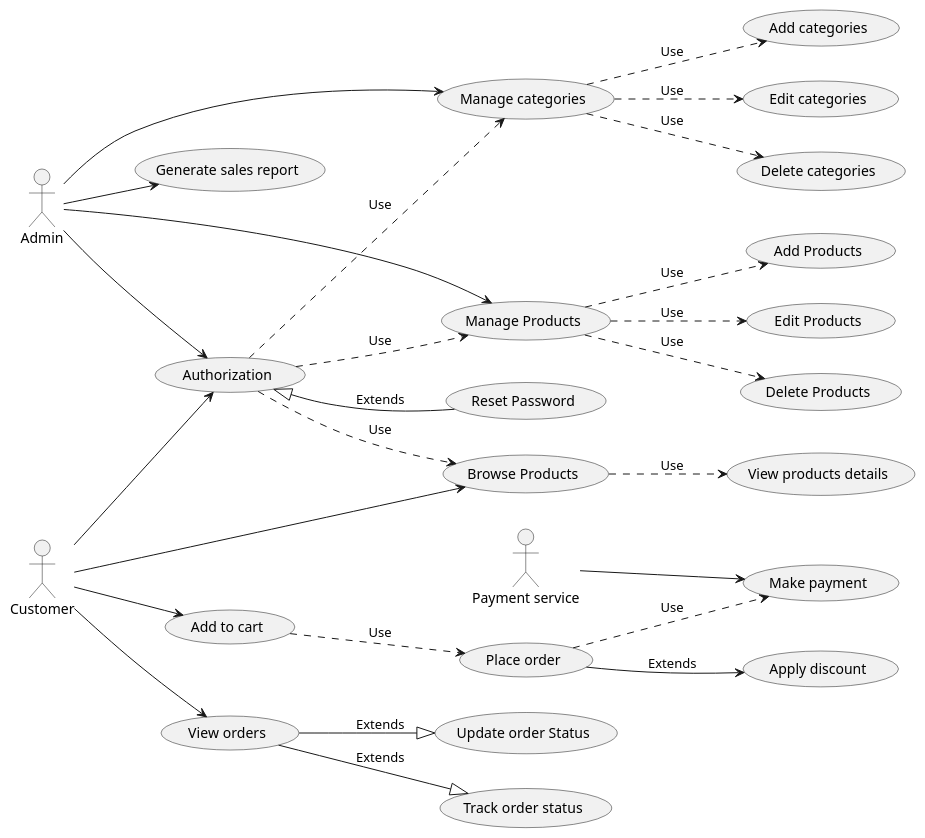
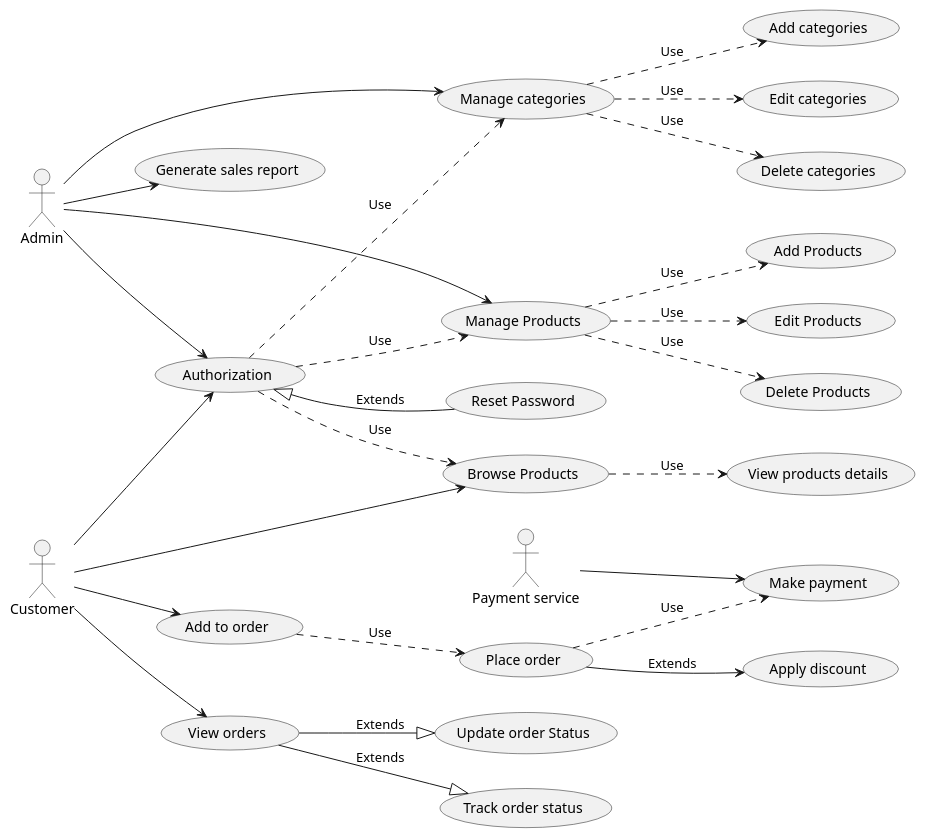
Before and after one commit to StenSOn27/lab2_kpi: the diagram in lab2.puml, drawn with PlantUML. The commit also changed 4 other files, not shown here.

```diff
--- a/lab2.puml
+++ b/lab2.puml
@@ -1,54 +1,54 @@
 @startuml name Lab2
 left to right direction
 
 actor Admin
 actor Customer
 actor "Payment service" as PaymentService
 
 usecase "Authorization" as Auth
 usecase "Reset Password" as RP
 usecase "Manage categories" as MC
 usecase "Add categories" as AC
 usecase "Edit categories" as EC
 usecase "Delete categories" as DC
 usecase "Generate sales report" as GSR
 usecase "Manage Products" as MP
 usecase "Add Products" as AP
 usecase "Edit Products" as EP
 usecase "Delete Products" as DP
 usecase "Browse Products" as BP
 usecase "View products details" as VPD
-usecase "Add to cart" as ATC
+usecase "Add to order" as ATC
 usecase "View orders" as VO
 usecase "Place order" as PO
 usecase "Make payment" as MPAY
 usecase "Apply discount" as AD
 usecase "Update order Status" as UOS
 usecase "Track order status" as TOS
 
 Admin --> Auth
 Customer --> Auth
 Admin --> MC
 MC ..> AC : Use
 MC ..> EC : Use
 MC ..> DC : Use
 Admin --> MP
 MP ..> AP : Use
 MP ..> EP : Use
 MP ..> DP : Use
 Admin --> GSR
 Customer --> BP
 BP ..> VPD : Use
 Auth <|-- RP : Extends
 Auth ..> MC : Use
 Auth ..> MP : Use
 Auth ..> BP : Use
 Customer --> ATC
 ATC ..> PO : Use
 PO --> AD : Extends
 PO ..> MPAY : Use
 PaymentService --> MPAY
 Customer --> VO
 VO --|> UOS : Extends
 VO --|> TOS : Extends
 @enduml
```
